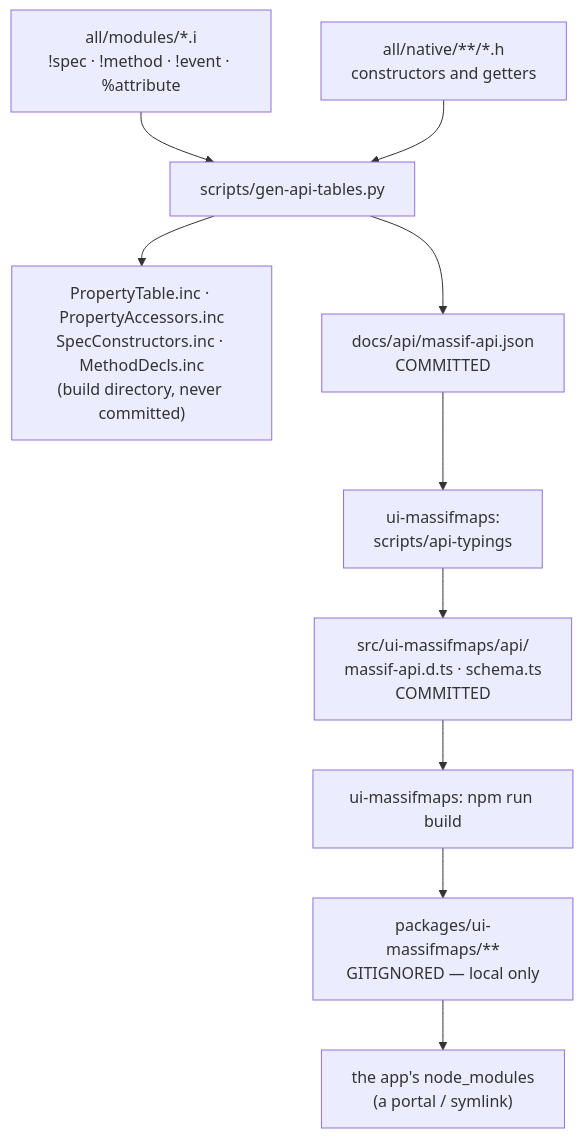
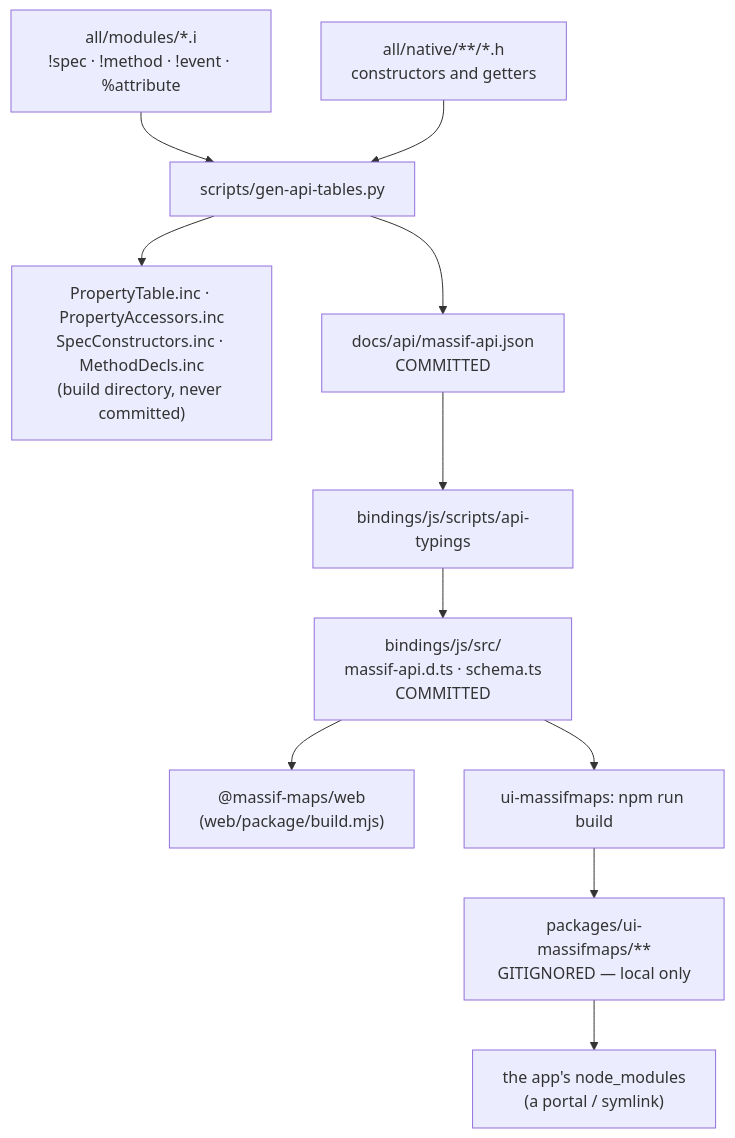
The diagram in docs/maintenance/api-typings-chain.md (massif-maps/MassifMaps), drawn with Mermaid before and after one commit. The commit also changed other lines of this file and 19 other files, not shown here.

First line of the commit message:
feat(api): share the typed surface API with every JavaScript platform as @massif-maps/api

````diff
--- a/docs/maintenance/api-typings-chain.md
+++ b/docs/maintenance/api-typings-chain.md
@@ -15,12 +15,13 @@
 ```mermaid
 flowchart TD
   i["all/modules/*.i<br/>!spec · !method · !event · %attribute"] --> gen["scripts/gen-api-tables.py"]
   cpp["all/native/**/*.h<br/>constructors and getters"] --> gen
   gen --> inc["PropertyTable.inc · PropertyAccessors.inc<br/>SpecConstructors.inc · MethodDecls.inc<br/>(build directory, never committed)"]
   gen --> schema["docs/api/massif-api.json<br/>COMMITTED"]
-  schema --> tsgen["ui-massifmaps:<br/>scripts/api-typings"]
-  tsgen --> srcts["src/ui-massifmaps/api/<br/>massif-api.d.ts · schema.ts<br/>COMMITTED"]
+  schema --> tsgen["bindings/js/scripts/api-typings"]
+  tsgen --> srcts["bindings/js/src/<br/>massif-api.d.ts · schema.ts<br/>COMMITTED"]
+  srcts --> web["@massif-maps/web<br/>(web/package/build.mjs)"]
   srcts --> build["ui-massifmaps: npm run build"]
   build --> pkg["packages/ui-massifmaps/**<br/>GITIGNORED — local only"]
   pkg --> app["the app's node_modules<br/>(a portal / symlink)"]
 ```
````
